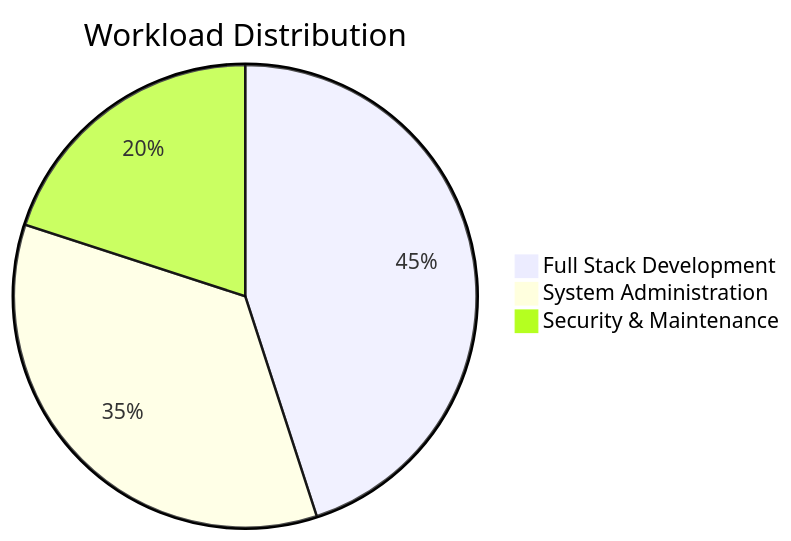
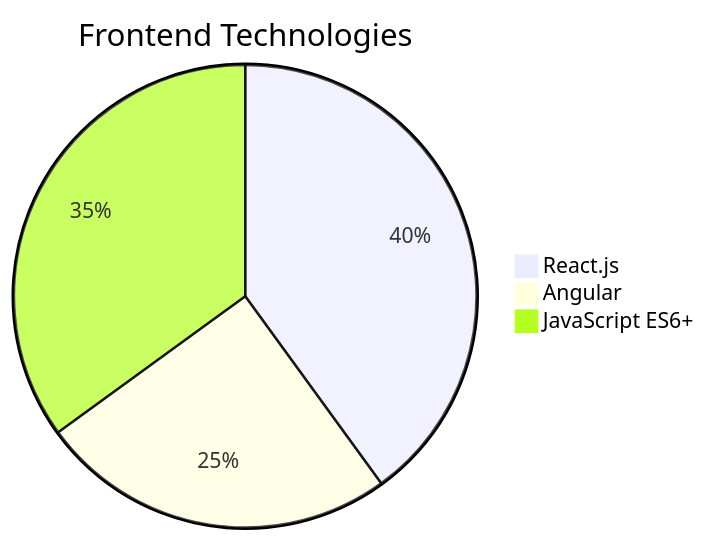
Before and after one commit to nfcdjobo/nfcdjobo: the first of 3 diagrams in README.md, drawn with Mermaid. The commit also changed other lines of this file, not shown here.

````diff
--- a/README.md
+++ b/README.md
@@ -115,6 +21,6 @@
 ```mermaid
-pie title Workload Distribution
-    "Full Stack Development" : 45
-    "System Administration" : 35
-    "Security & Maintenance" : 20
+pie title Frontend Technologies
+    "React.js" : 40
+    "Angular" : 25
+    "JavaScript ES6+" : 35
 ```
````
